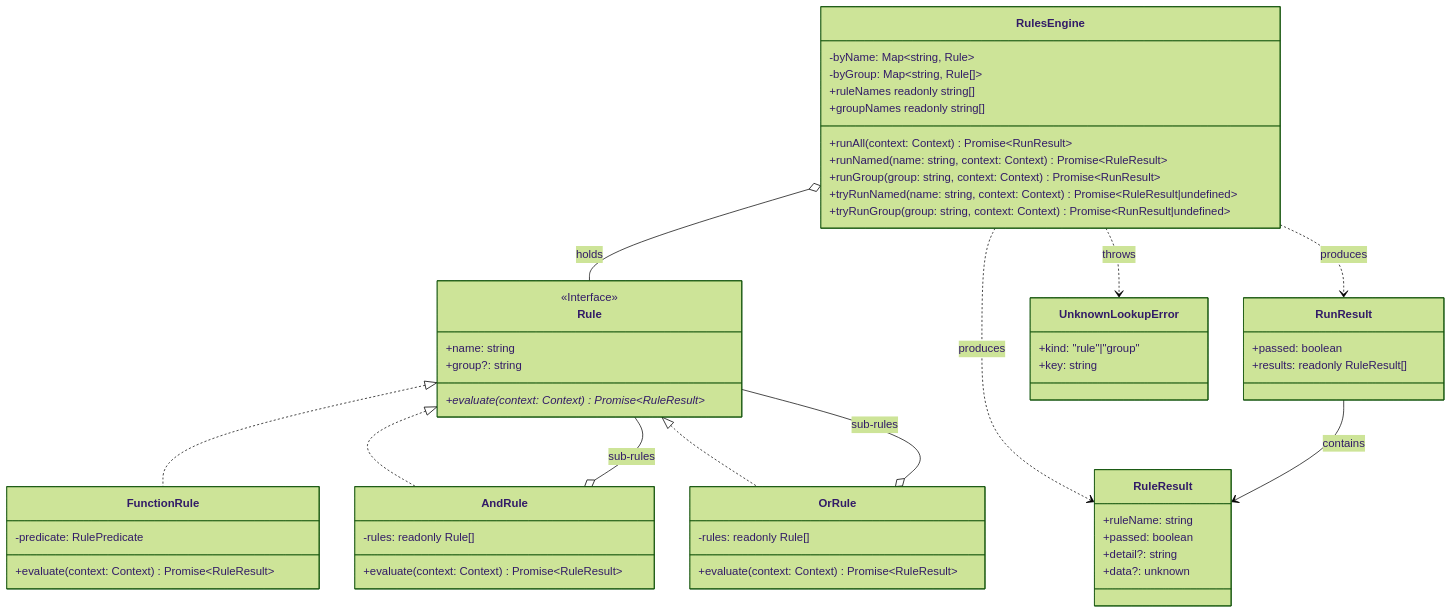
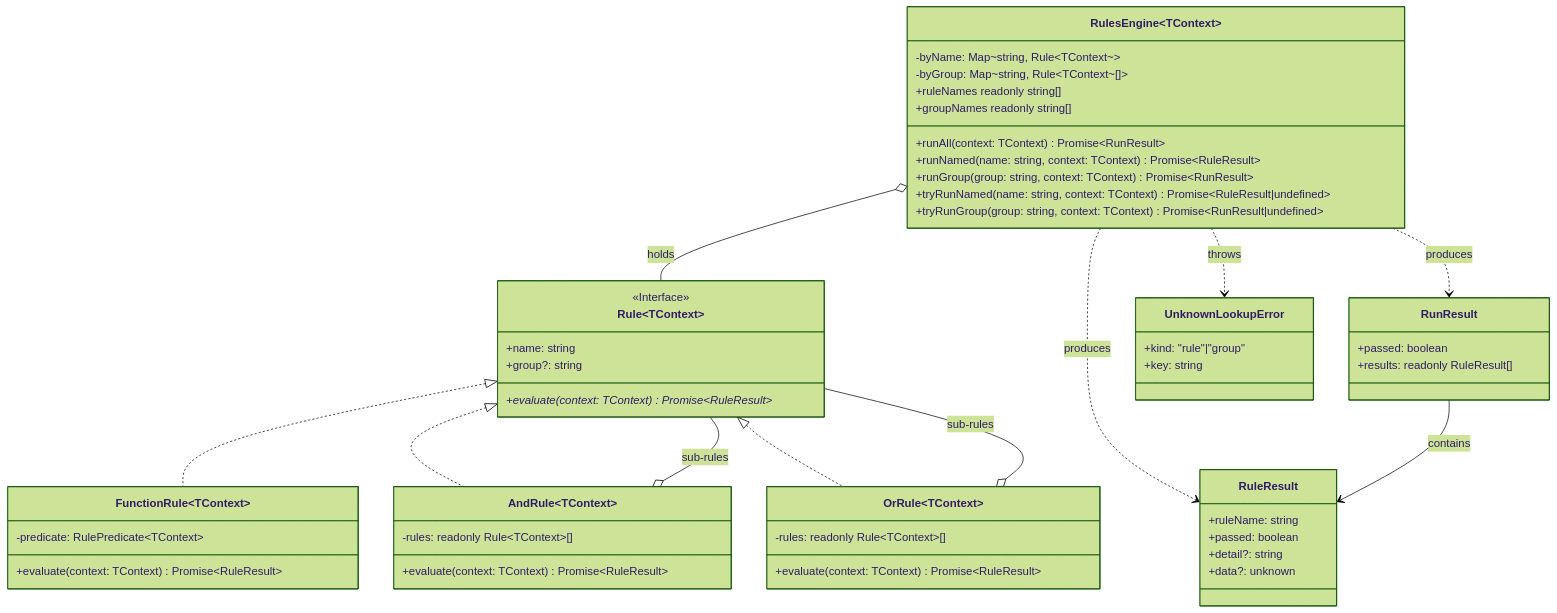
The diagram in docs/architecture/js.md (pawan-vyas/verdict-rules), drawn with Mermaid (forest theme) before and after one commit. The commit also changed other lines of this file and 10 other files, not shown here.

````diff
--- a/docs/architecture/js.md
+++ b/docs/architecture/js.md
@@ -33,57 +33,57 @@
 ```mermaid
 classDiagram
-    class Rule {
+    class Rule~TContext~ {
         <<Interface>>
         +name: string
         +group?: string
-        +evaluate(context: Context)* Promise~RuleResult~
+        +evaluate(context: TContext)* Promise~RuleResult~
     }
-    class FunctionRule {
-        -predicate: RulePredicate
-        +evaluate(context: Context) Promise~RuleResult~
+    class FunctionRule~TContext~ {
+        -predicate: RulePredicate~TContext~
+        +evaluate(context: TContext) Promise~RuleResult~
     }
-    class AndRule {
-        -rules: readonly Rule[]
-        +evaluate(context: Context) Promise~RuleResult~
+    class AndRule~TContext~ {
+        -rules: readonly Rule~TContext~[]
+        +evaluate(context: TContext) Promise~RuleResult~
     }
-    class OrRule {
-        -rules: readonly Rule[]
-        +evaluate(context: Context) Promise~RuleResult~
+    class OrRule~TContext~ {
+        -rules: readonly Rule~TContext~[]
+        +evaluate(context: TContext) Promise~RuleResult~
     }
-    class RulesEngine {
-        -byName: Map~string, Rule~
-        -byGroup: Map~string, Rule[]~
-        +runAll(context: Context) Promise~RunResult~
-        +runNamed(name: string, context: Context) Promise~RuleResult~
-        +runGroup(group: string, context: Context) Promise~RunResult~
-        +tryRunNamed(name: string, context: Context) Promise~RuleResult|undefined~
-        +tryRunGroup(group: string, context: Context) Promise~RunResult|undefined~
+    class RulesEngine~TContext~ {
+        -byName: Map~string, Rule~TContext~~
+        -byGroup: Map~string, Rule~TContext~[]~
+        +runAll(context: TContext) Promise~RunResult~
+        +runNamed(name: string, context: TContext) Promise~RuleResult~
+        +runGroup(group: string, context: TContext) Promise~RunResult~
+        +tryRunNamed(name: string, context: TContext) Promise~RuleResult|undefined~
+        +tryRunGroup(group: string, context: TContext) Promise~RunResult|undefined~
         +ruleNames readonly string[]
         +groupNames readonly string[]
     }
     class RuleResult {
         +ruleName: string
         +passed: boolean
         +detail?: string
         +data?: unknown
     }
     class RunResult {
         +passed: boolean
         +results: readonly RuleResult[]
     }
     class UnknownLookupError {
         +kind: "rule"|"group"
         +key: string
     }
 
     Rule <|.. FunctionRule
     Rule <|.. AndRule
     Rule <|.. OrRule
     AndRule o-- Rule : sub-rules
     OrRule o-- Rule : sub-rules
     RulesEngine o-- Rule : holds
     RulesEngine ..> RuleResult : produces
     RulesEngine ..> RunResult : produces
     RulesEngine ..> UnknownLookupError : throws
     RunResult --> RuleResult : contains
 ```
````
